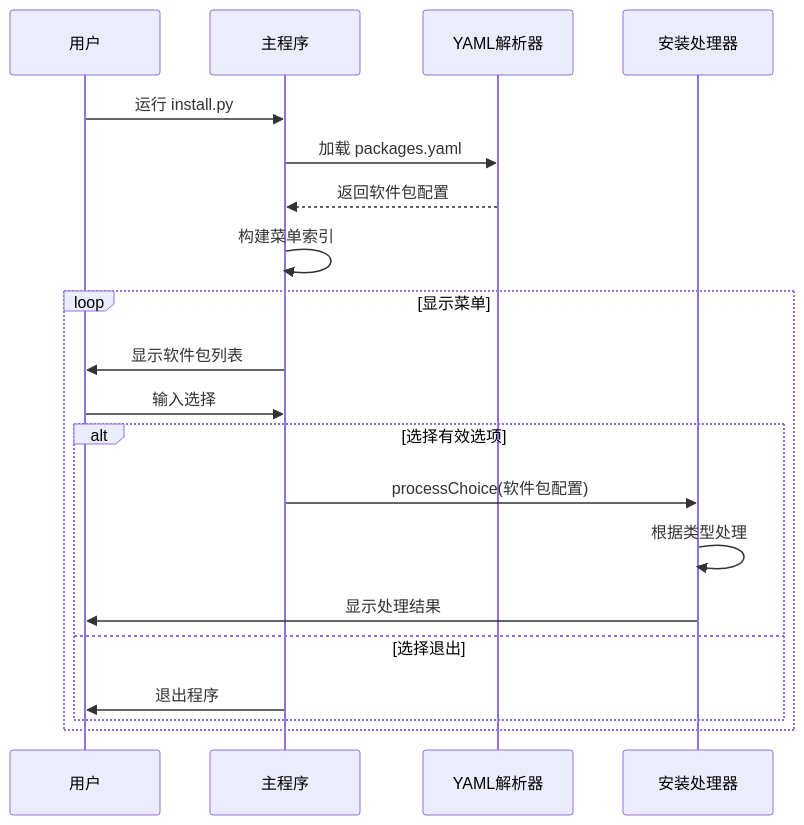
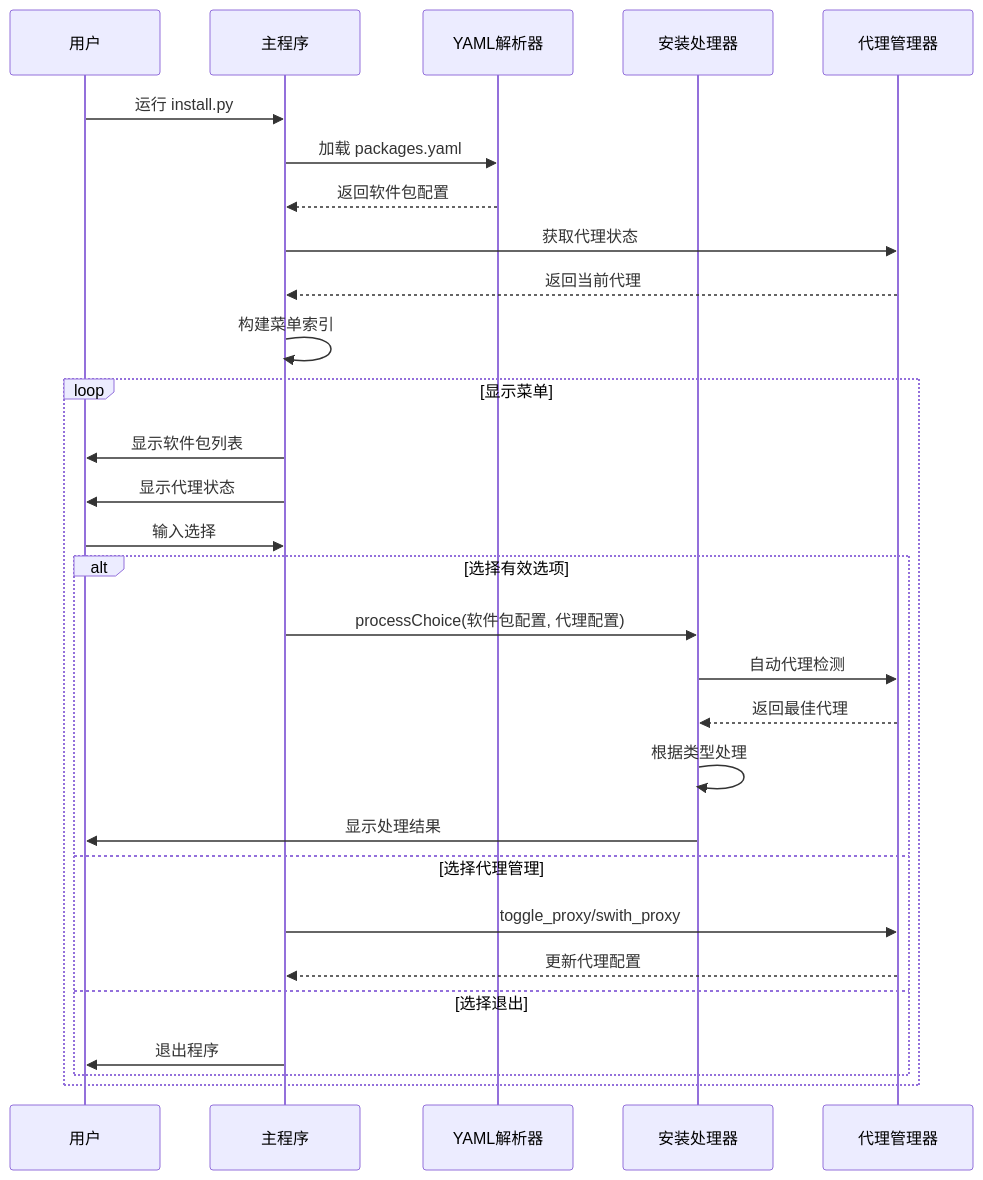
One commit to firestrongarch/install changed the fourth of 8 diagrams in .qoder/repowiki/zh/content/API参考/Python API.md. Above: the diagram before and after it, drawn with Mermaid. The commit also changed other lines of this file and 5 other files, not shown here.

````diff
--- a/.qoder/repowiki/zh/content/API参考/Python API.md
+++ b/.qoder/repowiki/zh/content/API参考/Python API.md
@@ -215,22 +306,31 @@
 ```mermaid
 sequenceDiagram
 participant U as 用户
 participant M as 主程序
 participant Y as YAML解析器
 participant P as 安装处理器
+participant PM as 代理管理器
 U->>M : 运行 install.py
 M->>Y : 加载 packages.yaml
 Y-->>M : 返回软件包配置
+M->>PM : 获取代理状态
+PM-->>M : 返回当前代理
 M->>M : 构建菜单索引
 loop 显示菜单
 M->>U : 显示软件包列表
+M->>U : 显示代理状态
 U->>M : 输入选择
 alt 选择有效选项
-M->>P : processChoice(软件包配置)
+M->>P : processChoice(软件包配置, 代理配置)
+P->>PM : 自动代理检测
+PM-->>P : 返回最佳代理
 P->>P : 根据类型处理
 P->>U : 显示处理结果
+else 选择代理管理
+M->>PM : toggle_proxy/swith_proxy
+PM-->>M : 更新代理配置
 else 选择退出
 M->>U : 退出程序
 end
 end
 ```
````
